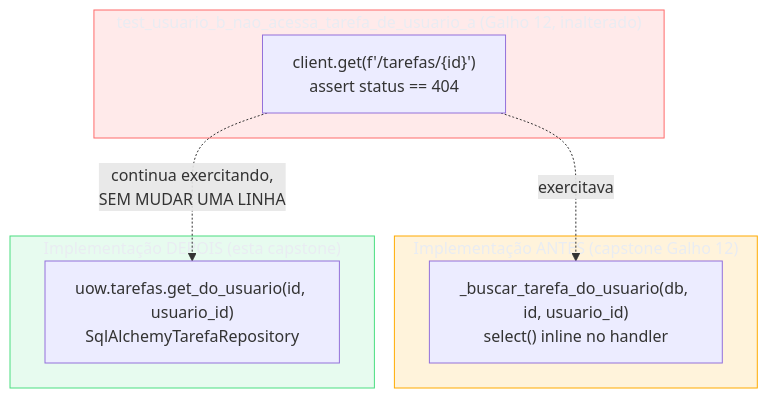
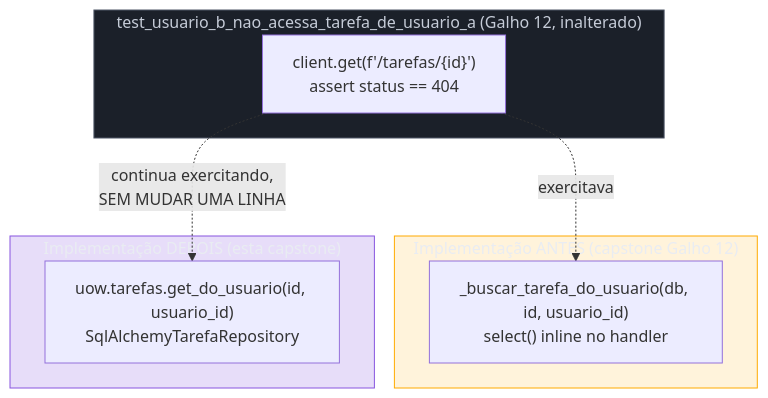
The fourth of 4 diagrams in 03-Dominios/Tecnologia/Python/Arquitetura e Design Patterns/08 - Capstone — refatorando a API de Tarefas pra arquitetura hexagonal.md (josenaldo/codex-technomanticus), drawn with Mermaid before and after one commit. The commit also changed other lines of this file and 601 other files, not shown here.

````diff
--- a/03-Dominios/Tecnologia/Python/Arquitetura e Design Patterns/08 - Capstone — refatorando a API de Tarefas pra arquitetura hexagonal.md
+++ b/03-Dominios/Tecnologia/Python/Arquitetura e Design Patterns/08 - Capstone — refatorando a API de Tarefas pra arquitetura hexagonal.md
@@ -667,24 +666,24 @@
 ```mermaid
 flowchart TB
-    classDef falha fill:#FF6B6B24,stroke:#FF6B6B,color:#E9ECF2
+    classDef marca fill:#8855DF33,stroke:#8855DF,color:#E9ECF2
+    classDef neutro fill:#1B2029,stroke:#4E5666,color:#C6CCD8
     classDef destaque fill:#FFAA0024,stroke:#FFAA00,color:#E9ECF2
-    classDef ok fill:#4ADE8021,stroke:#4ADE80,color:#E9ECF2
     subgraph Teste["test_usuario_b_nao_acessa_tarefa_de_usuario_a (Galho 12, inalterado)"]
         T["client.get(f'/tarefas/{id}')\nassert status == 404"]
     end
 
     subgraph Antes["Implementação ANTES (capstone Galho 12)"]
         A["_buscar_tarefa_do_usuario(db, id, usuario_id)\nselect() inline no handler"]
     end
 
     subgraph Depois["Implementação DEPOIS (esta capstone)"]
         D["uow.tarefas.get_do_usuario(id, usuario_id)\nSqlAlchemyTarefaRepository"]
     end
 
     T -.->|"exercitava"| A
     T -.->|"continua exercitando,\nSEM MUDAR UMA LINHA"| D
 
-    class Teste falha
+    class Teste neutro
     class Antes destaque
-    class Depois ok
+    class Depois marca
 ```
````
